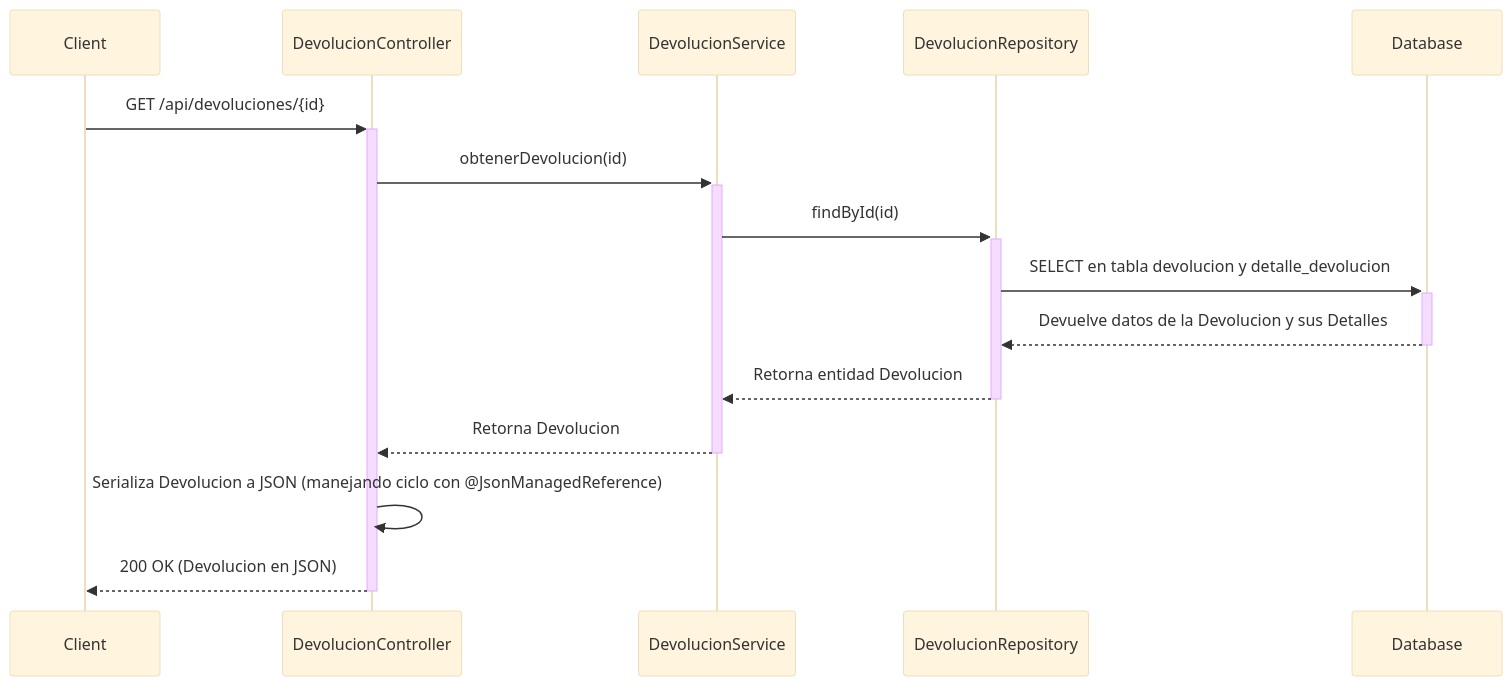
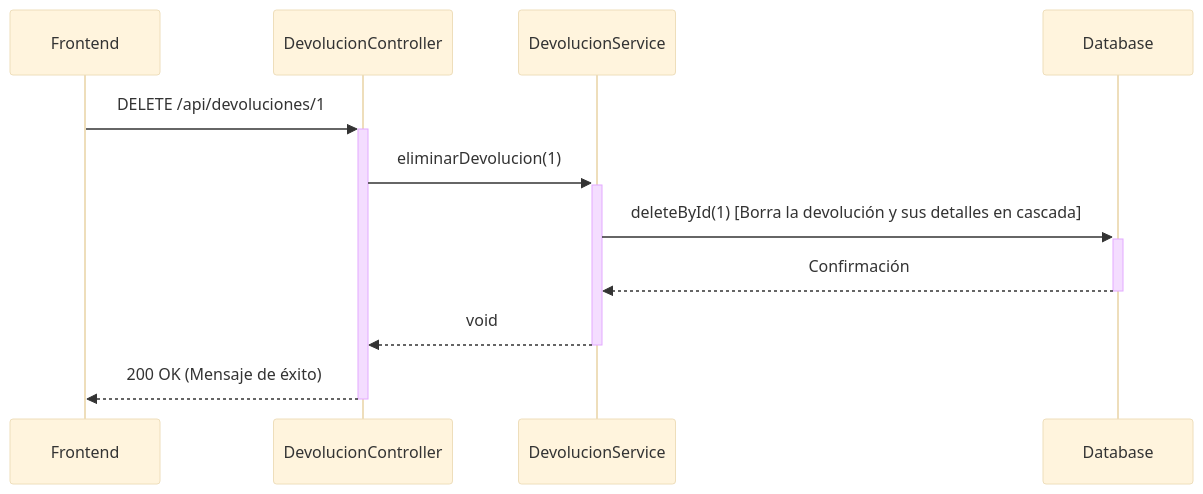
Before and after one commit to Auditoria-Informatica-Mainter/back-Mainter: the third of 4 diagrams in BackendProject/src/notas_devoluciones.md, drawn with Mermaid (base theme). The commit also changed other lines of this file and 6 other files, not shown here.

````diff
--- a/BackendProject/src/notas_devoluciones.md
+++ b/BackendProject/src/notas_devoluciones.md
@@ -75,18 +119,14 @@
 ```mermaid
 sequenceDiagram
-    participant Client
+    participant Frontend
     participant DevolucionController
     participant DevolucionService
-    participant DevolucionRepository
     participant Database
 
-    Client->>+DevolucionController: GET /api/devoluciones/{id}
-    DevolucionController->>+DevolucionService: obtenerDevolucion(id)
-    DevolucionService->>+DevolucionRepository: findById(id)
-    DevolucionRepository->>+Database: SELECT en tabla devolucion y detalle_devolucion
-    Database-->>-DevolucionRepository: Devuelve datos de la Devolucion y sus Detalles
-    DevolucionRepository-->>-DevolucionService: Retorna entidad Devolucion
-    DevolucionService-->>-DevolucionController: Retorna Devolucion
-    DevolucionController->>DevolucionController: Serializa Devolucion a JSON (manejando ciclo con @JsonManagedReference)
-    DevolucionController-->>-Client: 200 OK (Devolucion en JSON)
+    Frontend->>+DevolucionController: DELETE /api/devoluciones/1
+    DevolucionController->>+DevolucionService: eliminarDevolucion(1)
+    DevolucionService->>+Database: deleteById(1) [Borra la devolución y sus detalles en cascada]
+    Database-->>-DevolucionService: Confirmación
+    DevolucionService-->>-DevolucionController: void
+    DevolucionController-->>-Frontend: 200 OK (Mensaje de éxito)
 ```
````
